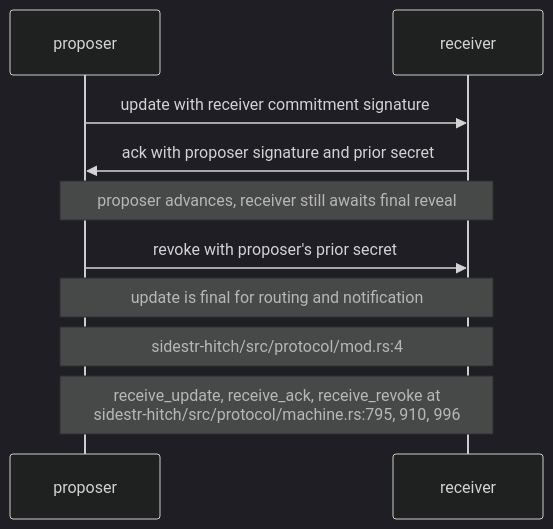
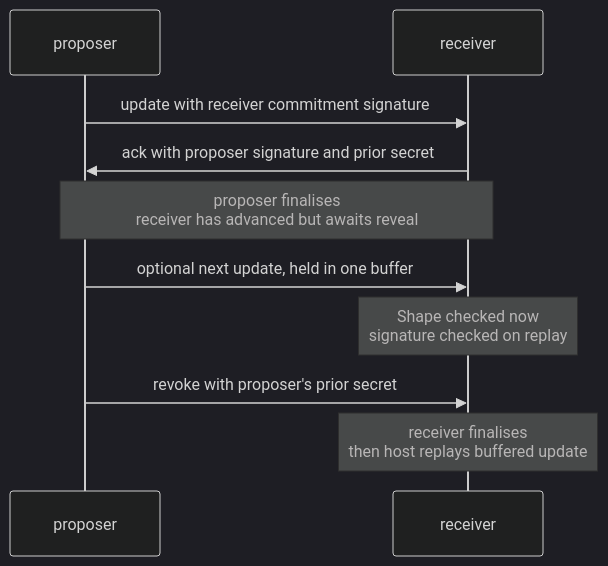
Before and after one commit to DreamLab-AI/VisionFlow: the second of 5 diagrams in docs/diagrams/sidestr-rs/04-hitch-channel-kernel-and-host-gap.md, drawn with Mermaid (dark theme). The commit also changed other lines of this file and 25 other files, not shown here.

````diff
--- a/docs/diagrams/sidestr-rs/04-hitch-channel-kernel-and-host-gap.md
+++ b/docs/diagrams/sidestr-rs/04-hitch-channel-kernel-and-host-gap.md
@@ -67,12 +70,16 @@
 ```mermaid
 sequenceDiagram
     participant P as proposer
     participant R as receiver
     P->>R: update with receiver commitment signature
     R->>P: ack with proposer signature and prior secret
-    Note over P,R: proposer advances, receiver still awaits final reveal
+    Note over P,R: proposer finalises<br/>receiver has advanced but awaits reveal
+    P->>R: optional next update, held in one buffer
+    Note over R: Shape checked now<br/>signature checked on replay
+    %% Source: sidestr-hitch/src/protocol/machine.rs:833-836
     P->>R: revoke with proposer's prior secret
-    Note over P,R: update is final for routing and notification
-    Note over P,R: sidestr-hitch/src/protocol/mod.rs:4
-    Note over P,R: receive_update, receive_ack, receive_revoke at<br/>sidestr-hitch/src/protocol/machine.rs:795, 910, 996
+    Note over R: receiver finalises<br/>then host replays buffered update
+    %% Source: sidestr-hitch/src/protocol/machine.rs:1051-1056
+    %% Source: sidestr-hitch/src/protocol/mod.rs:4
+    %% Source: sidestr-hitch/src/protocol/machine.rs:795
 ```
````
